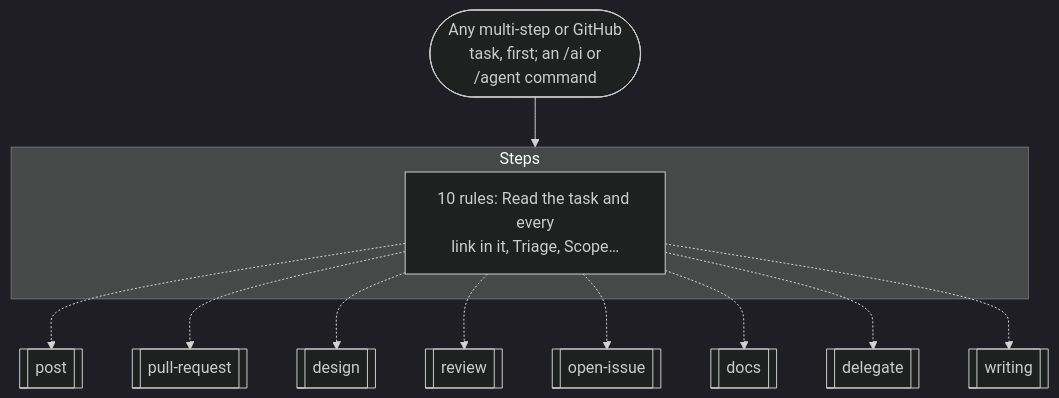
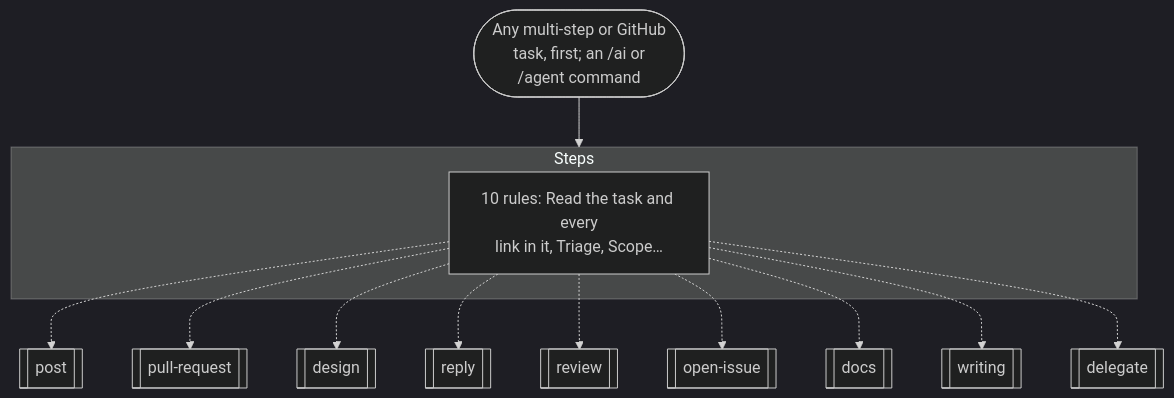
Before and after one commit to nitedani-agent/mergeworthy: the first of 19 diagrams in docs/graphs.md, drawn with Mermaid (dark theme). The commit also changed other lines of this file and 24 other files, not shown here.

````diff
--- a/docs/graphs.md
+++ b/docs/graphs.md
@@ -30,16 +30,17 @@
 ```mermaid
 flowchart TB
   start(["Any multi-step or GitHub<br/>task, first; an /ai or<br/>/agent command"])
   subgraph g0["Steps"]
     s0["10 rules: Read the task and every<br/>link in it, Triage, Scope…"]
   end
   s0 -.-> r1[["post"]]
   s0 -.-> r2[["pull-request"]]
   s0 -.-> r3[["design"]]
-  s0 -.-> r4[["review"]]
-  s0 -.-> r5[["open-issue"]]
-  s0 -.-> r6[["docs"]]
-  s0 -.-> r7[["delegate"]]
+  s0 -.-> r4[["reply"]]
+  s0 -.-> r5[["review"]]
+  s0 -.-> r6[["open-issue"]]
+  s0 -.-> r7[["docs"]]
   s0 -.-> r8[["writing"]]
+  s0 -.-> r9[["delegate"]]
   start --> g0
 ```
````
